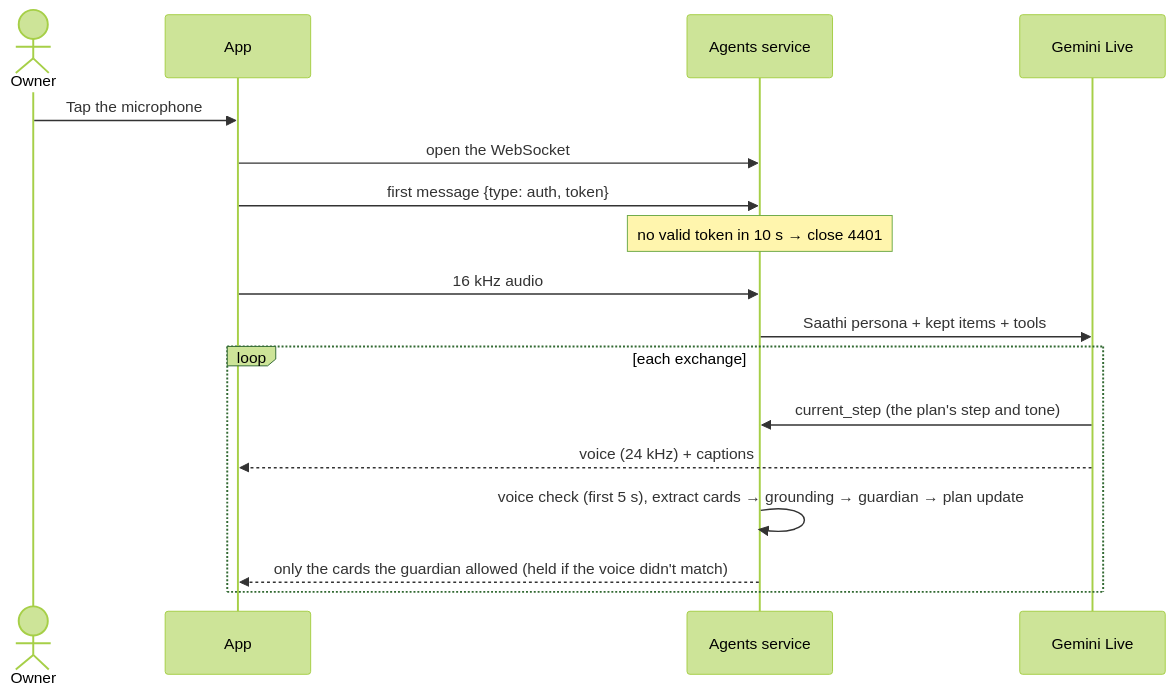
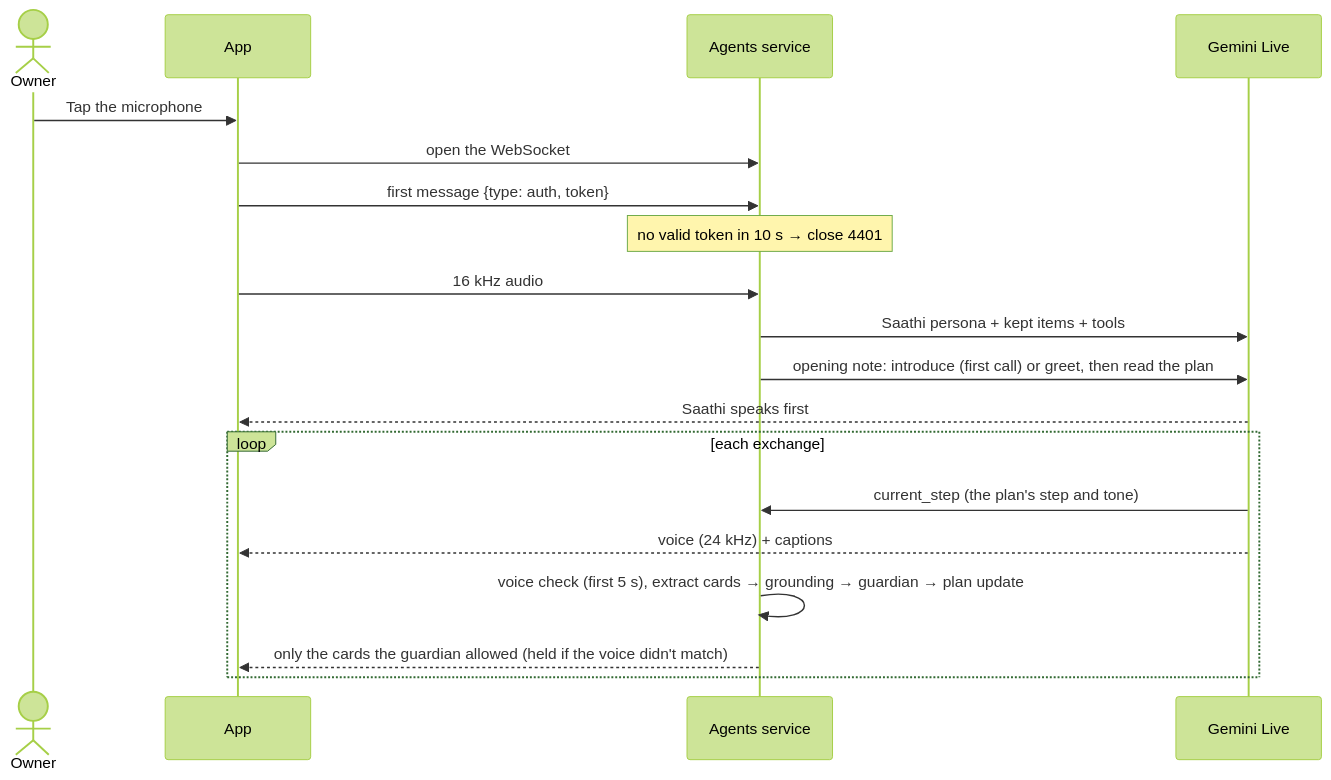
One commit to sachiachar/anvaya changed the third of 6 diagrams in docs/architecture.md. Above: the diagram before and after it, drawn with Mermaid (forest theme). The commit also changed 3 other files, not shown here.

First line of the commit message:
Let Saathi speak first when the owner taps Talk to Saathi

````diff
--- a/docs/architecture.md
+++ b/docs/architecture.md
@@ -171,19 +171,21 @@
 ```mermaid
 sequenceDiagram
     actor Owner
     participant App
     participant API as Agents service
     participant Live as Gemini Live
     Owner->>App: Tap the microphone
     App->>API: open the WebSocket
     App->>API: first message {type: auth, token}
     Note over API: no valid token in 10 s → close 4401
     App->>API: 16 kHz audio
     API->>Live: Saathi persona + kept items + tools
+    API->>Live: opening note: introduce (first call) or greet, then read the plan
+    Live-->>App: Saathi speaks first
     loop each exchange
         Live->>API: current_step (the plan's step and tone)
         Live-->>App: voice (24 kHz) + captions
         API->>API: voice check (first 5 s), extract cards → grounding → guardian → plan update
         API-->>App: only the cards the guardian allowed (held if the voice didn't match)
     end
 ```
````
